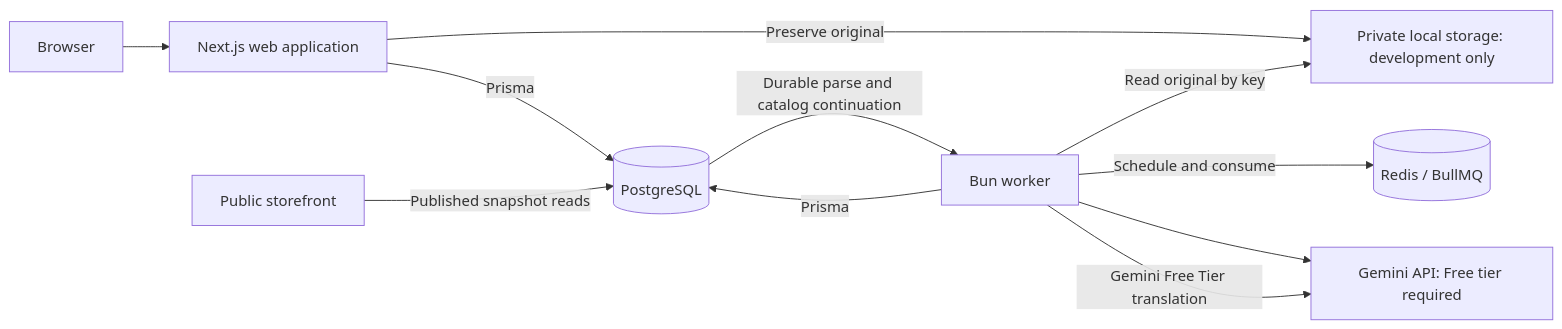
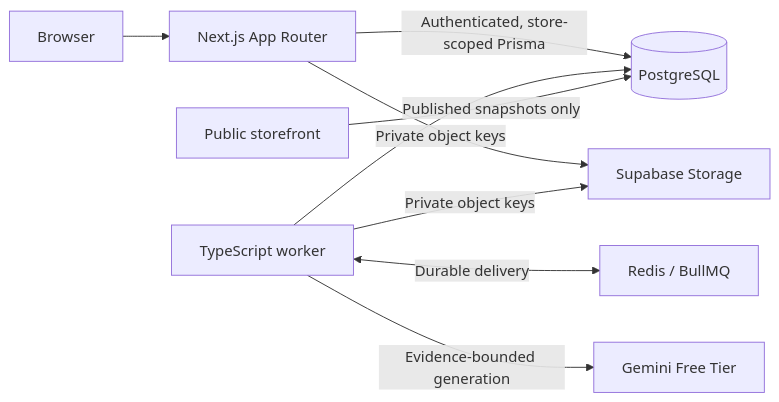
One commit to UmangAgarwal257/catalogforge changed the diagram in README.md. Above: the diagram before and after it, drawn with Mermaid. The commit also changed other lines of this file and 86 other files, not shown here.

````diff
--- a/README.md
+++ b/README.md
@@ -46,13 +28,11 @@
 ```mermaid
 flowchart LR
-    Browser --> Web[Next.js web application]
-    Web -->|Prisma| DB[(PostgreSQL)]
-    Web -->|Preserve original| Storage[Private local storage: development only]
-    Worker[Bun worker] -->|Prisma| DB
-    Worker -->|Read original by key| Storage
-    DB -->|Durable parse and catalog continuation| Worker
-    Worker -->|Schedule and consume| Redis[(Redis / BullMQ)]
-    Worker --> AI[Gemini API: Free tier required]
-    Worker -->|Gemini Free Tier translation| AI
-    Storefront[Public storefront] -->|Published snapshot reads| DB
+  Browser --> Web[Next.js App Router]
+  Web -->|Authenticated, store-scoped Prisma| DB[(PostgreSQL)]
+  Web -->|Private object keys| Storage[Supabase Storage]
+  Worker[TypeScript worker] --> DB
+  Worker -->|Private object keys| Storage
+  Worker <-->|Durable delivery| Queue[Redis / BullMQ]
+  Worker -->|Evidence-bounded generation| Gemini[Gemini Free Tier]
+  Storefront[Public storefront] -->|Published snapshots only| DB
 ```
````
